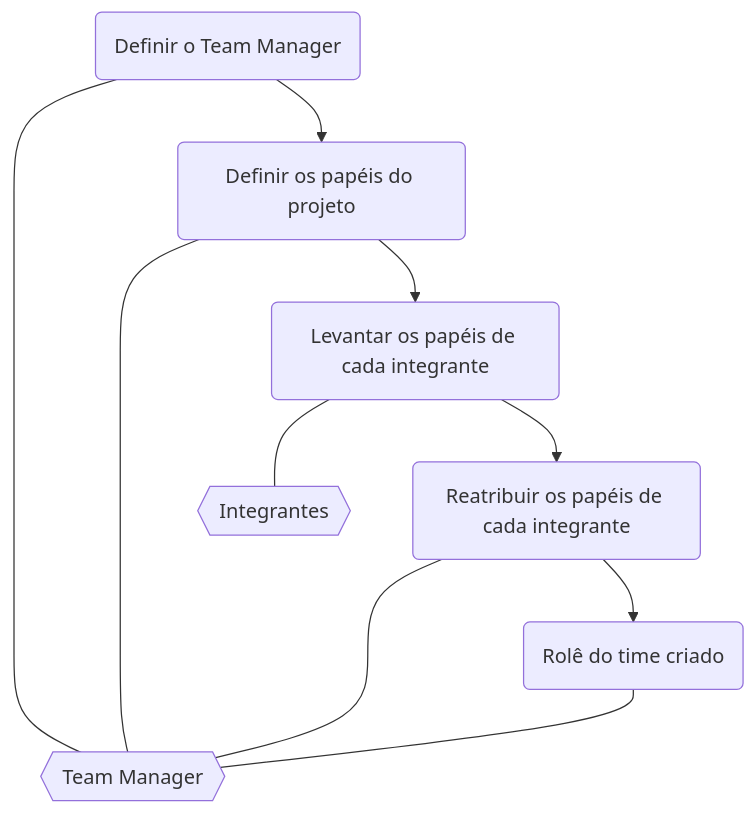
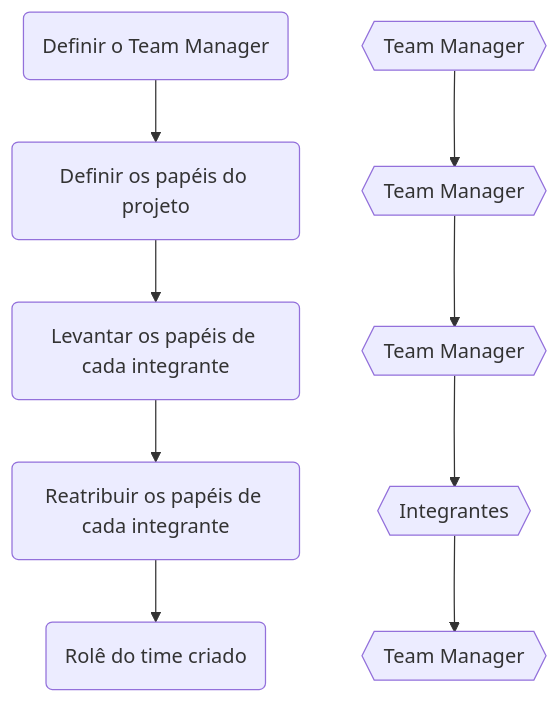
Before and after one commit to BrunoBiluca/biluca-knowledge: the first of 2 diagrams in project_management/management_basics.md, drawn with Mermaid. The commit also changed other lines of this file, not shown here.

Commit message:
📝 Improve project roles diagrams

````diff
--- a/project_management/management_basics.md
+++ b/project_management/management_basics.md
@@ -116,21 +116,19 @@
 ```mermaid
 flowchart TB
 
 dtm(Definir o Team Manager)
 dr(Definir os papéis do projeto)
 ar(Levantar os papéis de cada integrante)
 rp(Reatribuir os papéis de cada integrante)
 doc(Rolê do time criado)
 
-teamManager{{Team Manager}}
+teamManager1{{Team Manager}}
+teamManager2{{Team Manager}}
+teamManager3{{Team Manager}}
+teamManager4{{Team Manager}}
 integrante{{Integrantes}}
 
-dtm --- teamManager 
-dr --- teamManager 
-rp --- teamManager
-doc --- teamManager
-
-ar --- integrante
+teamManager1 --> teamManager2 --> teamManager3 --> integrante --> teamManager4
 
 dtm --> dr --> ar --> rp --> doc
 ```
````
